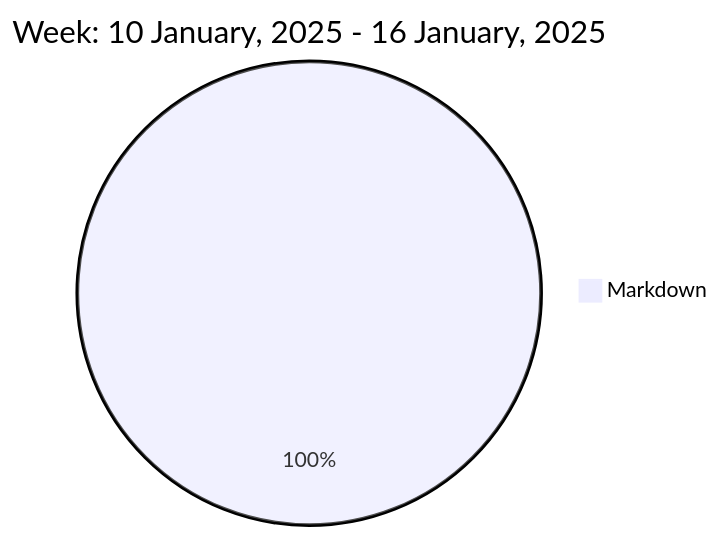
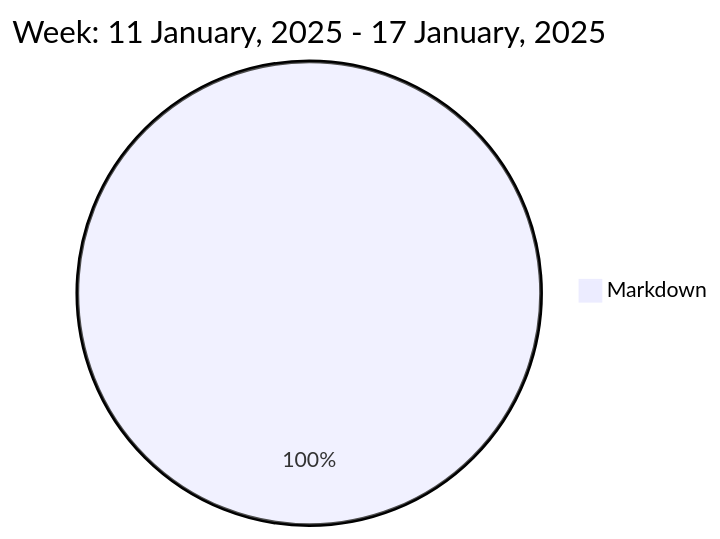
One commit to liubin95/liubin95 changed the diagram in README.md. Above: the diagram before and after it, drawn with Mermaid.

Commit message:
Updated the Graph with new Metrics

````diff
--- a/README.md
+++ b/README.md
@@ -37,5 +37,5 @@
 ```mermaid
  pie
-title Week: 10 January, 2025 - 16 January, 2025
- "Markdown" : 1.87
+title Week: 11 January, 2025 - 17 January, 2025
+ "Markdown" : 2.72
 ```
````
